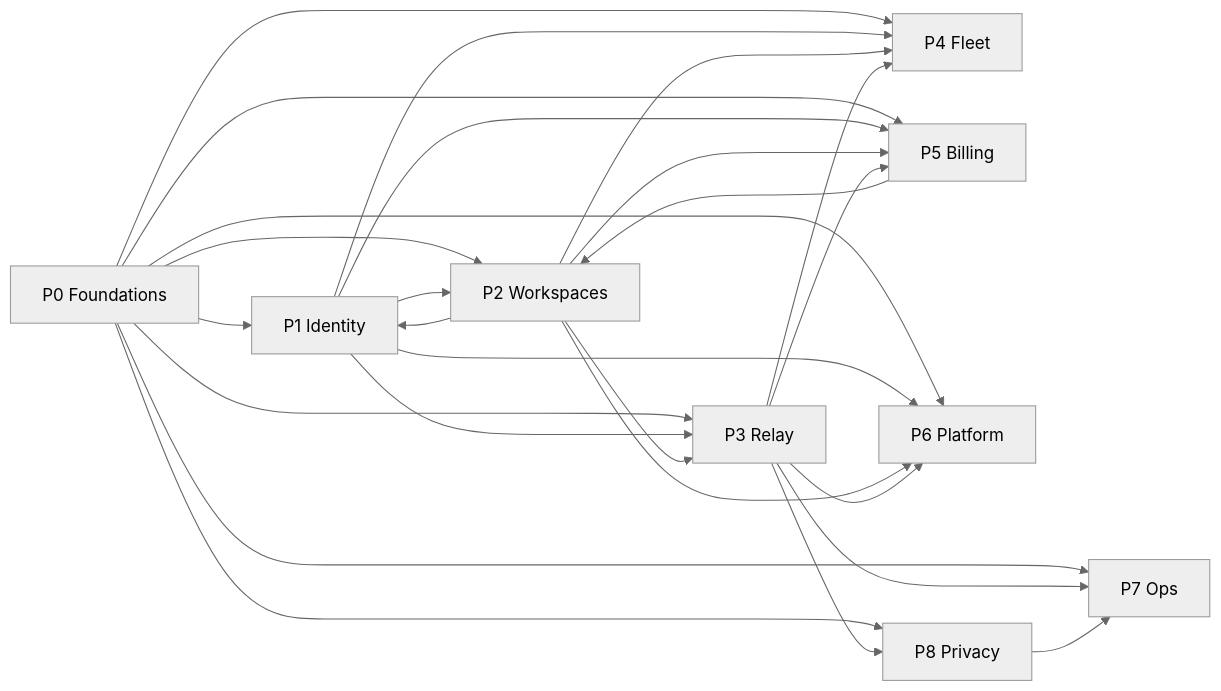
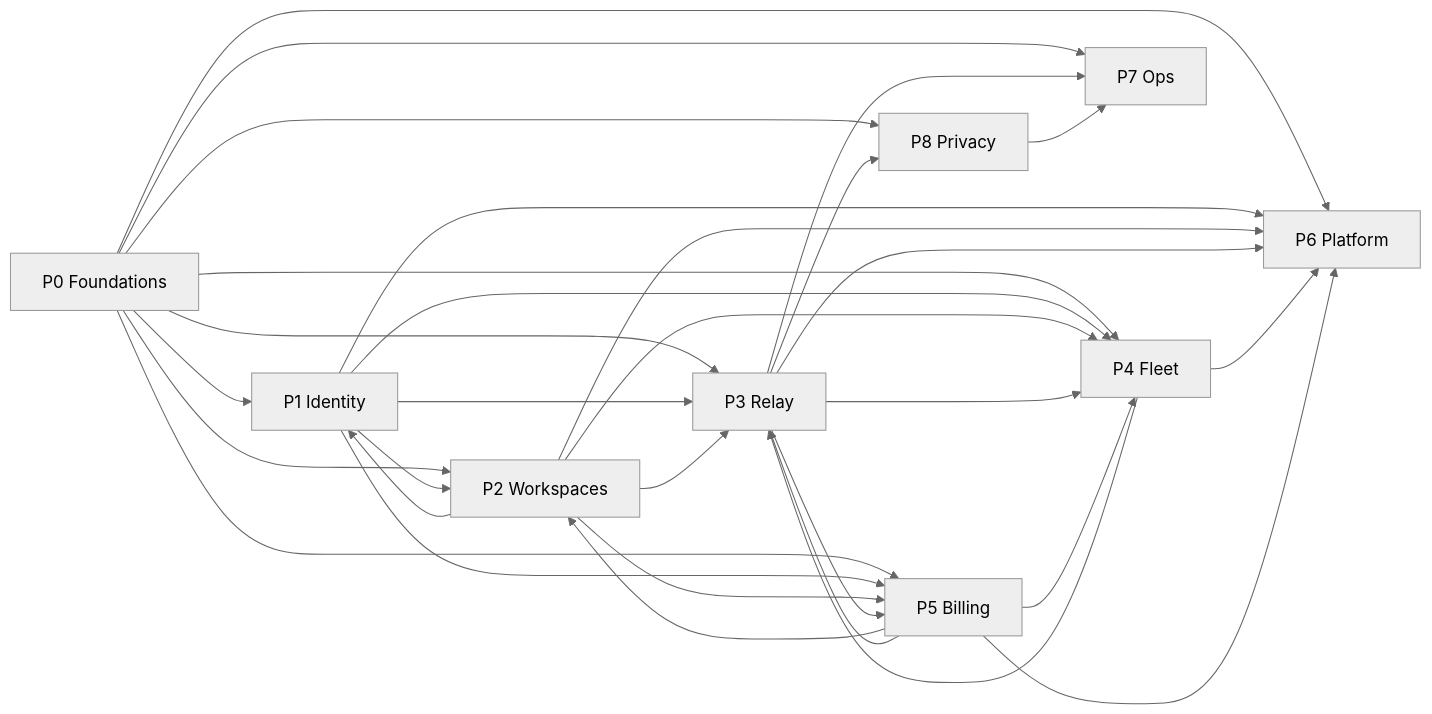
One commit to Caffeine-Driven-LLC/Centcom-backend changed the first of 2 diagrams in plan/GRAPH.md. Above: the diagram before and after it, drawn with Mermaid (neutral theme). The commit also changed other lines of this file and 48 other files, not shown here.

````diff
--- a/plan/GRAPH.md
+++ b/plan/GRAPH.md
@@ -30,37 +30,42 @@
 ```mermaid
 flowchart LR
   P0["P0 Foundations"]
   P1["P1 Identity"]
   P2["P2 Workspaces"]
   P3["P3 Relay"]
   P4["P4 Fleet"]
   P5["P5 Billing"]
   P6["P6 Platform"]
   P7["P7 Ops"]
   P8["P8 Privacy"]
   P0 --> P1
   P0 --> P2
   P0 --> P3
   P0 --> P4
   P0 --> P5
   P0 --> P6
   P0 --> P7
   P0 --> P8
   P1 --> P2
   P1 --> P3
   P1 --> P4
   P1 --> P5
   P1 --> P6
   P2 --> P1
   P2 --> P3
   P2 --> P4
   P2 --> P5
   P2 --> P6
   P3 --> P4
   P3 --> P5
   P3 --> P6
   P3 --> P7
   P3 --> P8
+  P4 --> P3
+  P4 --> P6
   P5 --> P2
+  P5 --> P3
+  P5 --> P4
+  P5 --> P6
   P8 --> P7
 ```
````
